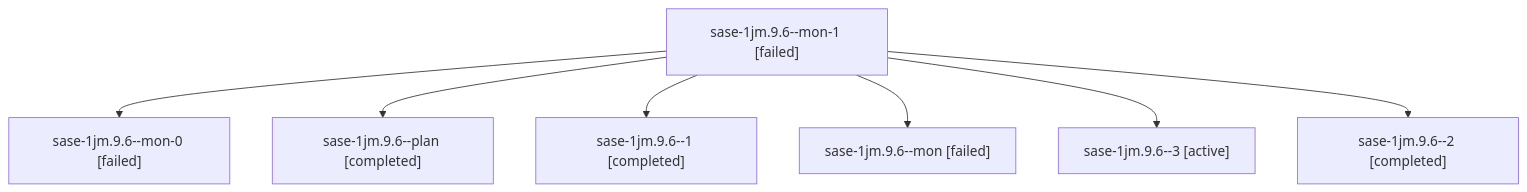
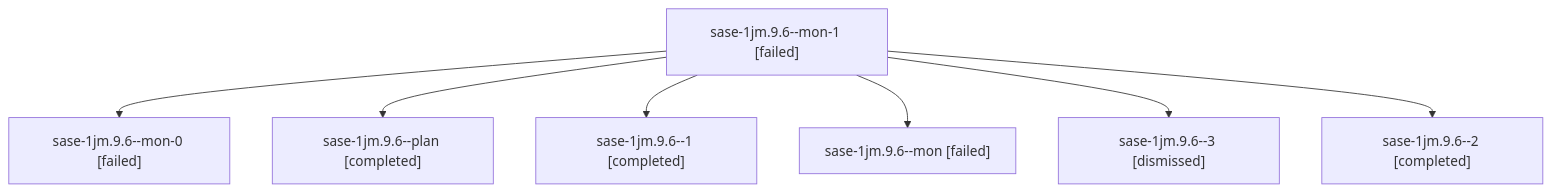
One commit to sase-org/sase--agents changed the diagram in sessions/bbugyi200.athena.sase-1jm.9.6.md. Above: the diagram before and after it, drawn with Mermaid. The commit also changed other lines of this file and 159 other files, not shown here.

````diff
--- a/sessions/bbugyi200.athena.sase-1jm.9.6.md
+++ b/sessions/bbugyi200.athena.sase-1jm.9.6.md
@@ -9,16 +9,16 @@
 ```mermaid
 flowchart TD
   n0["sase-1jm.9.6--mon-1 [failed]"]
   n1["sase-1jm.9.6--mon-0 [failed]"]
   n0 --> n1
   n2["sase-1jm.9.6--plan [completed]"]
   n0 --> n2
   n3["sase-1jm.9.6--1 [completed]"]
   n0 --> n3
   n4["sase-1jm.9.6--mon [failed]"]
   n0 --> n4
-  n5["sase-1jm.9.6--3 [active]"]
+  n5["sase-1jm.9.6--3 [dismissed]"]
   n0 --> n5
   n6["sase-1jm.9.6--2 [completed]"]
   n0 --> n6
 ```
````
